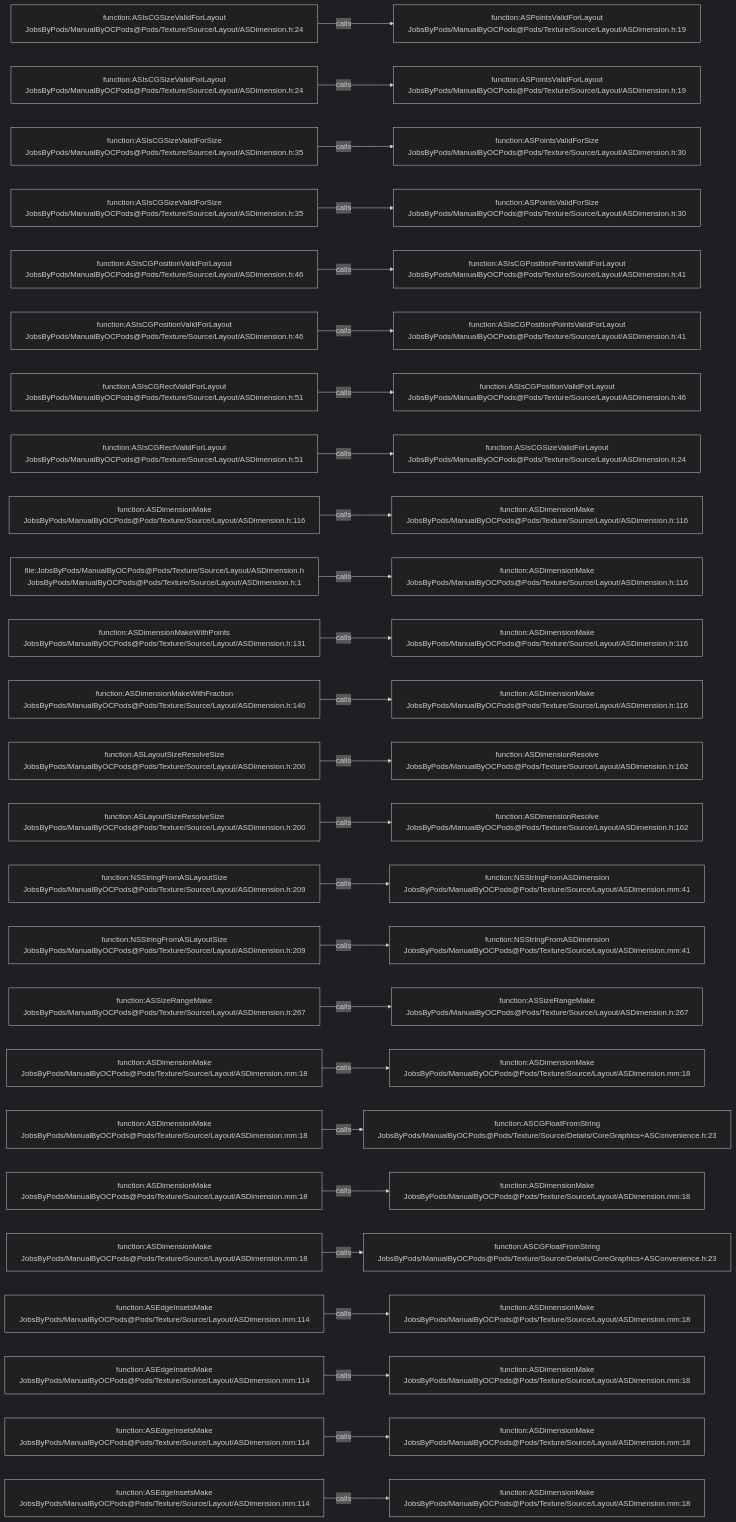
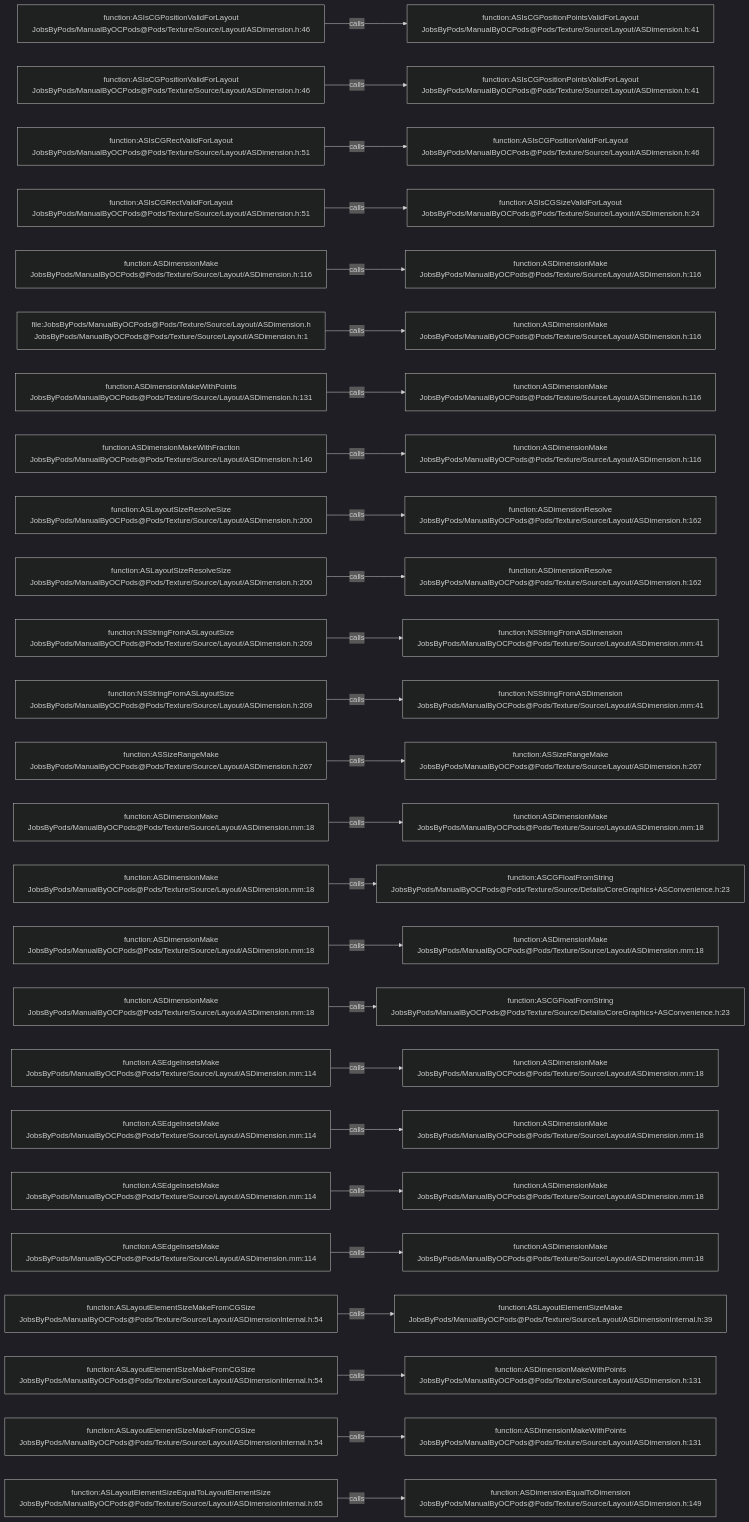
Before and after one commit to JobsKits/JobsOCBaseConfigDemo: the diagram in .codegraph/codegraph.md/graphs/calls-174.md, drawn with Mermaid (dark theme). The commit also changed 727 other files, not shown here.

````diff
--- a/.codegraph/codegraph.md/graphs/calls-174.md
+++ b/.codegraph/codegraph.md/graphs/calls-174.md
@@ -13,78 +13,78 @@
 ```mermaid
 flowchart LR
-  S1["function:ASIsCGSizeValidForLayout<br/>JobsByPods/ManualByOCPods@Pods/Texture/Source/Layout/ASDimension.h:24"]
-  T1["function:ASPointsValidForLayout<br/>JobsByPods/ManualByOCPods@Pods/Texture/Source/Layout/ASDimension.h:19"]
+  S1["function:ASIsCGPositionValidForLayout<br/>JobsByPods/ManualByOCPods@Pods/Texture/Source/Layout/ASDimension.h:46"]
+  T1["function:ASIsCGPositionPointsValidForLayout<br/>JobsByPods/ManualByOCPods@Pods/Texture/Source/Layout/ASDimension.h:41"]
   S1 -->|calls| T1
-  S2["function:ASIsCGSizeValidForLayout<br/>JobsByPods/ManualByOCPods@Pods/Texture/Source/Layout/ASDimension.h:24"]
-  T2["function:ASPointsValidForLayout<br/>JobsByPods/ManualByOCPods@Pods/Texture/Source/Layout/ASDimension.h:19"]
+  S2["function:ASIsCGPositionValidForLayout<br/>JobsByPods/ManualByOCPods@Pods/Texture/Source/Layout/ASDimension.h:46"]
+  T2["function:ASIsCGPositionPointsValidForLayout<br/>JobsByPods/ManualByOCPods@Pods/Texture/Source/Layout/ASDimension.h:41"]
   S2 -->|calls| T2
-  S3["function:ASIsCGSizeValidForSize<br/>JobsByPods/ManualByOCPods@Pods/Texture/Source/Layout/ASDimension.h:35"]
-  T3["function:ASPointsValidForSize<br/>JobsByPods/ManualByOCPods@Pods/Texture/Source/Layout/ASDimension.h:30"]
+  S3["function:ASIsCGRectValidForLayout<br/>JobsByPods/ManualByOCPods@Pods/Texture/Source/Layout/ASDimension.h:51"]
+  T3["function:ASIsCGPositionValidForLayout<br/>JobsByPods/ManualByOCPods@Pods/Texture/Source/Layout/ASDimension.h:46"]
   S3 -->|calls| T3
-  S4["function:ASIsCGSizeValidForSize<br/>JobsByPods/ManualByOCPods@Pods/Texture/Source/Layout/ASDimension.h:35"]
-  T4["function:ASPointsValidForSize<br/>JobsByPods/ManualByOCPods@Pods/Texture/Source/Layout/ASDimension.h:30"]
+  S4["function:ASIsCGRectValidForLayout<br/>JobsByPods/ManualByOCPods@Pods/Texture/Source/Layout/ASDimension.h:51"]
+  T4["function:ASIsCGSizeValidForLayout<br/>JobsByPods/ManualByOCPods@Pods/Texture/Source/Layout/ASDimension.h:24"]
   S4 -->|calls| T4
-  S5["function:ASIsCGPositionValidForLayout<br/>JobsByPods/ManualByOCPods@Pods/Texture/Source/Layout/ASDimension.h:46"]
-  T5["function:ASIsCGPositionPointsValidForLayout<br/>JobsByPods/ManualByOCPods@Pods/Texture/Source/Layout/ASDimension.h:41"]
+  S5["function:ASDimensionMake<br/>JobsByPods/ManualByOCPods@Pods/Texture/Source/Layout/ASDimension.h:116"]
+  T5["function:ASDimensionMake<br/>JobsByPods/ManualByOCPods@Pods/Texture/Source/Layout/ASDimension.h:116"]
   S5 -->|calls| T5
-  S6["function:ASIsCGPositionValidForLayout<br/>JobsByPods/ManualByOCPods@Pods/Texture/Source/Layout/ASDimension.h:46"]
-  T6["function:ASIsCGPositionPointsValidForLayout<br/>JobsByPods/ManualByOCPods@Pods/Texture/Source/Layout/ASDimension.h:41"]
+  S6["file:JobsByPods/ManualByOCPods@Pods/Texture/Source/Layout/ASDimension.h<br/>JobsByPods/ManualByOCPods@Pods/Texture/Source/Layout/ASDimension.h:1"]
+  T6["function:ASDimensionMake<br/>JobsByPods/ManualByOCPods@Pods/Texture/Source/Layout/ASDimension.h:116"]
   S6 -->|calls| T6
-  S7["function:ASIsCGRectValidForLayout<br/>JobsByPods/ManualByOCPods@Pods/Texture/Source/Layout/ASDimension.h:51"]
-  T7["function:ASIsCGPositionValidForLayout<br/>JobsByPods/ManualByOCPods@Pods/Texture/Source/Layout/ASDimension.h:46"]
+  S7["function:ASDimensionMakeWithPoints<br/>JobsByPods/ManualByOCPods@Pods/Texture/Source/Layout/ASDimension.h:131"]
+  T7["function:ASDimensionMake<br/>JobsByPods/ManualByOCPods@Pods/Texture/Source/Layout/ASDimension.h:116"]
   S7 -->|calls| T7
-  S8["function:ASIsCGRectValidForLayout<br/>JobsByPods/ManualByOCPods@Pods/Texture/Source/Layout/ASDimension.h:51"]
-  T8["function:ASIsCGSizeValidForLayout<br/>JobsByPods/ManualByOCPods@Pods/Texture/Source/Layout/ASDimension.h:24"]
+  S8["function:ASDimensionMakeWithFraction<br/>JobsByPods/ManualByOCPods@Pods/Texture/Source/Layout/ASDimension.h:140"]
+  T8["function:ASDimensionMake<br/>JobsByPods/ManualByOCPods@Pods/Texture/Source/Layout/ASDimension.h:116"]
   S8 -->|calls| T8
-  S9["function:ASDimensionMake<br/>JobsByPods/ManualByOCPods@Pods/Texture/Source/Layout/ASDimension.h:116"]
-  T9["function:ASDimensionMake<br/>JobsByPods/ManualByOCPods@Pods/Texture/Source/Layout/ASDimension.h:116"]
+  S9["function:ASLayoutSizeResolveSize<br/>JobsByPods/ManualByOCPods@Pods/Texture/Source/Layout/ASDimension.h:200"]
+  T9["function:ASDimensionResolve<br/>JobsByPods/ManualByOCPods@Pods/Texture/Source/Layout/ASDimension.h:162"]
   S9 -->|calls| T9
-  S10["file:JobsByPods/ManualByOCPods@Pods/Texture/Source/Layout/ASDimension.h<br/>JobsByPods/ManualByOCPods@Pods/Texture/Source/Layout/ASDimension.h:1"]
-  T10["function:ASDimensionMake<br/>JobsByPods/ManualByOCPods@Pods/Texture/Source/Layout/ASDimension.h:116"]
+  S10["function:ASLayoutSizeResolveSize<br/>JobsByPods/ManualByOCPods@Pods/Texture/Source/Layout/ASDimension.h:200"]
+  T10["function:ASDimensionResolve<br/>JobsByPods/ManualByOCPods@Pods/Texture/Source/Layout/ASDimension.h:162"]
   S10 -->|calls| T10
-  S11["function:ASDimensionMakeWithPoints<br/>JobsByPods/ManualByOCPods@Pods/Texture/Source/Layout/ASDimension.h:131"]
-  T11["function:ASDimensionMake<br/>JobsByPods/ManualByOCPods@Pods/Texture/Source/Layout/ASDimension.h:116"]
+  S11["function:NSStringFromASLayoutSize<br/>JobsByPods/ManualByOCPods@Pods/Texture/Source/Layout/ASDimension.h:209"]
+  T11["function:NSStringFromASDimension<br/>JobsByPods/ManualByOCPods@Pods/Texture/Source/Layout/ASDimension.mm:41"]
   S11 -->|calls| T11
-  S12["function:ASDimensionMakeWithFraction<br/>JobsByPods/ManualByOCPods@Pods/Texture/Source/Layout/ASDimension.h:140"]
-  T12["function:ASDimensionMake<br/>JobsByPods/ManualByOCPods@Pods/Texture/Source/Layout/ASDimension.h:116"]
+  S12["function:NSStringFromASLayoutSize<br/>JobsByPods/ManualByOCPods@Pods/Texture/Source/Layout/ASDimension.h:209"]
+  T12["function:NSStringFromASDimension<br/>JobsByPods/ManualByOCPods@Pods/Texture/Source/Layout/ASDimension.mm:41"]
   S12 -->|calls| T12
-  S13["function:ASLayoutSizeResolveSize<br/>JobsByPods/ManualByOCPods@Pods/Texture/Source/Layout/ASDimension.h:200"]
-  T13["function:ASDimensionResolve<br/>JobsByPods/ManualByOCPods@Pods/Texture/Source/Layout/ASDimension.h:162"]
+  S13["function:ASSizeRangeMake<br/>JobsByPods/ManualByOCPods@Pods/Texture/Source/Layout/ASDimension.h:267"]
+  T13["function:ASSizeRangeMake<br/>JobsByPods/ManualByOCPods@Pods/Texture/Source/Layout/ASDimension.h:267"]
   S13 -->|calls| T13
-  S14["function:ASLayoutSizeResolveSize<br/>JobsByPods/ManualByOCPods@Pods/Texture/Source/Layout/ASDimension.h:200"]
-  T14["function:ASDimensionResolve<br/>JobsByPods/ManualByOCPods@Pods/Texture/Source/Layout/ASDimension.h:162"]
+  S14["function:ASDimensionMake<br/>JobsByPods/ManualByOCPods@Pods/Texture/Source/Layout/ASDimension.mm:18"]
+  T14["function:ASDimensionMake<br/>JobsByPods/ManualByOCPods@Pods/Texture/Source/Layout/ASDimension.mm:18"]
   S14 -->|calls| T14
-  S15["function:NSStringFromASLayoutSize<br/>JobsByPods/ManualByOCPods@Pods/Texture/Source/Layout/ASDimension.h:209"]
-  T15["function:NSStringFromASDimension<br/>JobsByPods/ManualByOCPods@Pods/Texture/Source/Layout/ASDimension.mm:41"]
+  S15["function:ASDimensionMake<br/>JobsByPods/ManualByOCPods@Pods/Texture/Source/Layout/ASDimension.mm:18"]
+  T15["function:ASCGFloatFromString<br/>JobsByPods/ManualByOCPods@Pods/Texture/Source/Details/CoreGraphics+ASConvenience.h:23"]
   S15 -->|calls| T15
-  S16["function:NSStringFromASLayoutSize<br/>JobsByPods/ManualByOCPods@Pods/Texture/Source/Layout/ASDimension.h:209"]
-  T16["function:NSStringFromASDimension<br/>JobsByPods/ManualByOCPods@Pods/Texture/Source/Layout/ASDimension.mm:41"]
+  S16["function:ASDimensionMake<br/>JobsByPods/ManualByOCPods@Pods/Texture/Source/Layout/ASDimension.mm:18"]
+  T16["function:ASDimensionMake<br/>JobsByPods/ManualByOCPods@Pods/Texture/Source/Layout/ASDimension.mm:18"]
   S16 -->|calls| T16
-  S17["function:ASSizeRangeMake<br/>JobsByPods/ManualByOCPods@Pods/Texture/Source/Layout/ASDimension.h:267"]
-  T17["function:ASSizeRangeMake<br/>JobsByPods/ManualByOCPods@Pods/Texture/Source/Layout/ASDimension.h:267"]
+  S17["function:ASDimensionMake<br/>JobsByPods/ManualByOCPods@Pods/Texture/Source/Layout/ASDimension.mm:18"]
+  T17["function:ASCGFloatFromString<br/>JobsByPods/ManualByOCPods@Pods/Texture/Source/Details/CoreGraphics+ASConvenience.h:23"]
   S17 -->|calls| T17
-  S18["function:ASDimensionMake<br/>JobsByPods/ManualByOCPods@Pods/Texture/Source/Layout/ASDimension.mm:18"]
+  S18["function:ASEdgeInsetsMake<br/>JobsByPods/ManualByOCPods@Pods/Texture/Source/Layout/ASDimension.mm:114"]
   T18["function:ASDimensionMake<br/>JobsByPods/ManualByOCPods@Pods/Texture/Source/Layout/ASDimension.mm:18"]
   S18 -->|calls| T18
-  S19["function:ASDimensionMake<br/>JobsByPods/ManualByOCPods@Pods/Texture/Source/Layout/ASDimension.mm:18"]
-  T19["function:ASCGFloatFromString<br/>JobsByPods/ManualByOCPods@Pods/Texture/Source/Details/CoreGraphics+ASConvenience.h:23"]
+  S19["function:ASEdgeInsetsMake<br/>JobsByPods/ManualByOCPods@Pods/Texture/Source/Layout/ASDimension.mm:114"]
+  T19["function:ASDimensionMake<br/>JobsByPods/ManualByOCPods@Pods/Texture/Source/Layout/ASDimension.mm:18"]
   S19 -->|calls| T19
-  S20["function:ASDimensionMake<br/>JobsByPods/ManualByOCPods@Pods/Texture/Source/Layout/ASDimension.mm:18"]
+  S20["function:ASEdgeInsetsMake<br/>JobsByPods/ManualByOCPods@Pods/Texture/Source/Layout/ASDimension.mm:114"]
   T20["function:ASDimensionMake<br/>JobsByPods/ManualByOCPods@Pods/Texture/Source/Layout/ASDimension.mm:18"]
   S20 -->|calls| T20
-  S21["function:ASDimensionMake<br/>JobsByPods/ManualByOCPods@Pods/Texture/Source/Layout/ASDimension.mm:18"]
-  T21["function:ASCGFloatFromString<br/>JobsByPods/ManualByOCPods@Pods/Texture/Source/Details/CoreGraphics+ASConvenience.h:23"]
+  S21["function:ASEdgeInsetsMake<br/>JobsByPods/ManualByOCPods@Pods/Texture/Source/Layout/ASDimension.mm:114"]
+  T21["function:ASDimensionMake<br/>JobsByPods/ManualByOCPods@Pods/Texture/Source/Layout/ASDimension.mm:18"]
   S21 -->|calls| T21
-  S22["function:ASEdgeInsetsMake<br/>JobsByPods/ManualByOCPods@Pods/Texture/Source/Layout/ASDimension.mm:114"]
-  T22["function:ASDimensionMake<br/>JobsByPods/ManualByOCPods@Pods/Texture/Source/Layout/ASDimension.mm:18"]
+  S22["function:ASLayoutElementSizeMakeFromCGSize<br/>JobsByPods/ManualByOCPods@Pods/Texture/Source/Layout/ASDimensionInternal.h:54"]
+  T22["function:ASLayoutElementSizeMake<br/>JobsByPods/ManualByOCPods@Pods/Texture/Source/Layout/ASDimensionInternal.h:39"]
   S22 -->|calls| T22
-  S23["function:ASEdgeInsetsMake<br/>JobsByPods/ManualByOCPods@Pods/Texture/Source/Layout/ASDimension.mm:114"]
-  T23["function:ASDimensionMake<br/>JobsByPods/ManualByOCPods@Pods/Texture/Source/Layout/ASDimension.mm:18"]
+  S23["function:ASLayoutElementSizeMakeFromCGSize<br/>JobsByPods/ManualByOCPods@Pods/Texture/Source/Layout/ASDimensionInternal.h:54"]
+  T23["function:ASDimensionMakeWithPoints<br/>JobsByPods/ManualByOCPods@Pods/Texture/Source/Layout/ASDimension.h:131"]
   S23 -->|calls| T23
-  S24["function:ASEdgeInsetsMake<br/>JobsByPods/ManualByOCPods@Pods/Texture/Source/Layout/ASDimension.mm:114"]
-  T24["function:ASDimensionMake<br/>JobsByPods/ManualByOCPods@Pods/Texture/Source/Layout/ASDimension.mm:18"]
+  S24["function:ASLayoutElementSizeMakeFromCGSize<br/>JobsByPods/ManualByOCPods@Pods/Texture/Source/Layout/ASDimensionInternal.h:54"]
+  T24["function:ASDimensionMakeWithPoints<br/>JobsByPods/ManualByOCPods@Pods/Texture/Source/Layout/ASDimension.h:131"]
   S24 -->|calls| T24
-  S25["function:ASEdgeInsetsMake<br/>JobsByPods/ManualByOCPods@Pods/Texture/Source/Layout/ASDimension.mm:114"]
-  T25["function:ASDimensionMake<br/>JobsByPods/ManualByOCPods@Pods/Texture/Source/Layout/ASDimension.mm:18"]
+  S25["function:ASLayoutElementSizeEqualToLayoutElementSize<br/>JobsByPods/ManualByOCPods@Pods/Texture/Source/Layout/ASDimensionInternal.h:65"]
+  T25["function:ASDimensionEqualToDimension<br/>JobsByPods/ManualByOCPods@Pods/Texture/Source/Layout/ASDimension.h:149"]
   S25 -->|calls| T25
 ```
````
